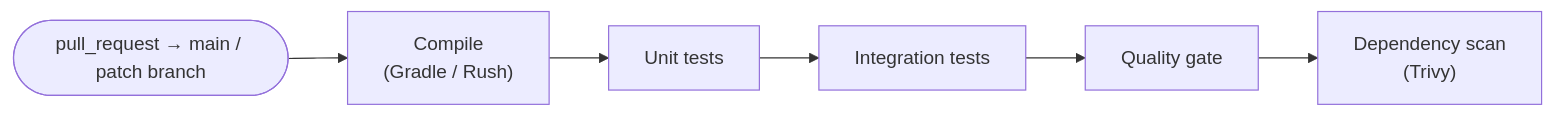
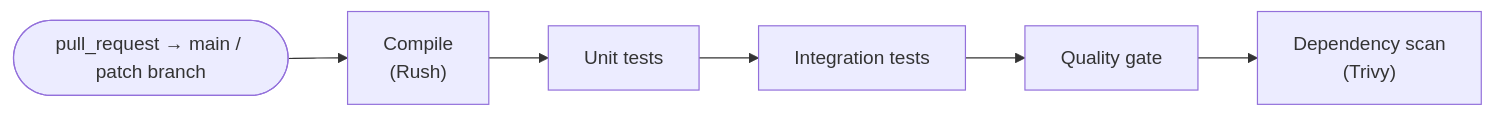
One commit to NipunaRanasinghe/wso2i-process-guides changed the first of 2 diagrams in docs/cicd-pipelines.md. Above: the diagram before and after it, drawn with Mermaid. The commit also changed other lines of this file, not shown here.

````diff
--- a/docs/cicd-pipelines.md
+++ b/docs/cicd-pipelines.md
@@ -17,8 +17,8 @@
 ```mermaid
 graph LR
-    T(["pull_request → main / patch branch"]) --> S1["Compile<br>(Gradle / Rush)"]
+    T(["pull_request → main / patch branch"]) --> S1["Compile<br>(Rush)"]
     S1 --> S2["Unit tests"]
     S2 --> S3["Integration tests"]
     S3 --> S4["Quality gate"]
     S4 --> S5["Dependency scan<br>(Trivy)"]
 ```
````
